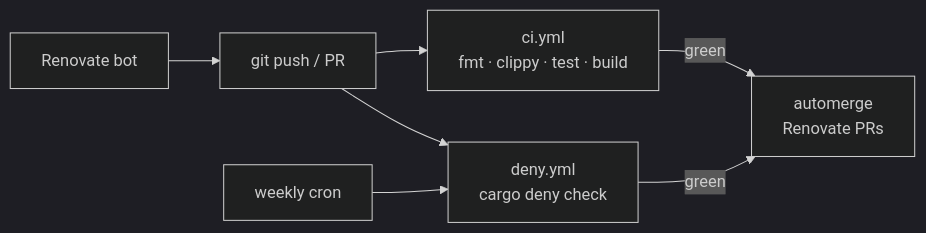
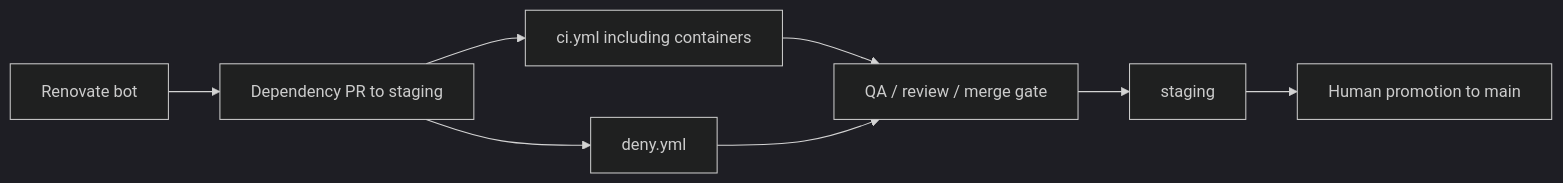
Before and after one commit to micschr0/gluco-hub-rs: the second of 2 diagrams in docs/OPERATIONS.md, drawn with Mermaid (dark theme). The commit also changed other lines of this file and 4 other files, not shown here.

````diff
--- a/docs/OPERATIONS.md
+++ b/docs/OPERATIONS.md
@@ -222,9 +225,10 @@
 ```mermaid
 graph LR
-    Push[git push / PR] --> CI[ci.yml\nfmt · clippy · test · build]
-    Push --> Deny[deny.yml\ncargo deny check]
-    Cron[weekly cron] --> Deny
-    Renovate[Renovate bot] --> Push
-    CI -->|green| Automerge[automerge\nRenovate PRs]
-    Deny -->|green| Automerge
+    Renovate[Renovate bot] --> PR[Dependency PR to staging]
+    PR --> CI[ci.yml including containers]
+    PR --> Deny[deny.yml]
+    CI --> Gate[QA / review / merge gate]
+    Deny --> Gate
+    Gate --> Staging[staging]
+    Staging --> Human[Human promotion to main]
 ```
````
